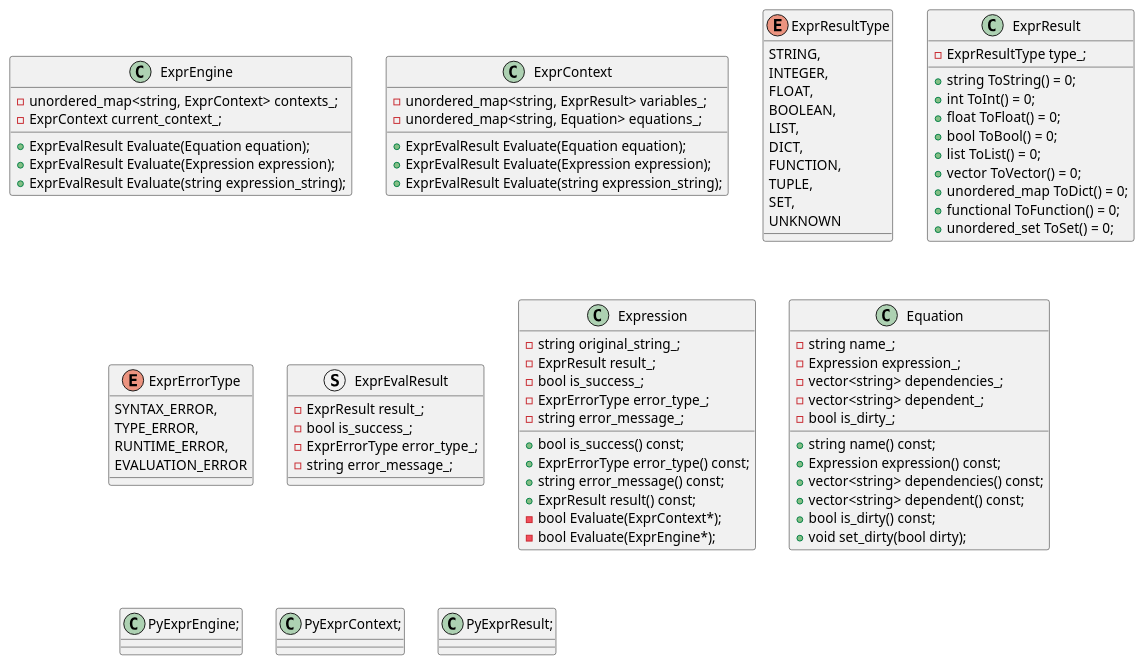
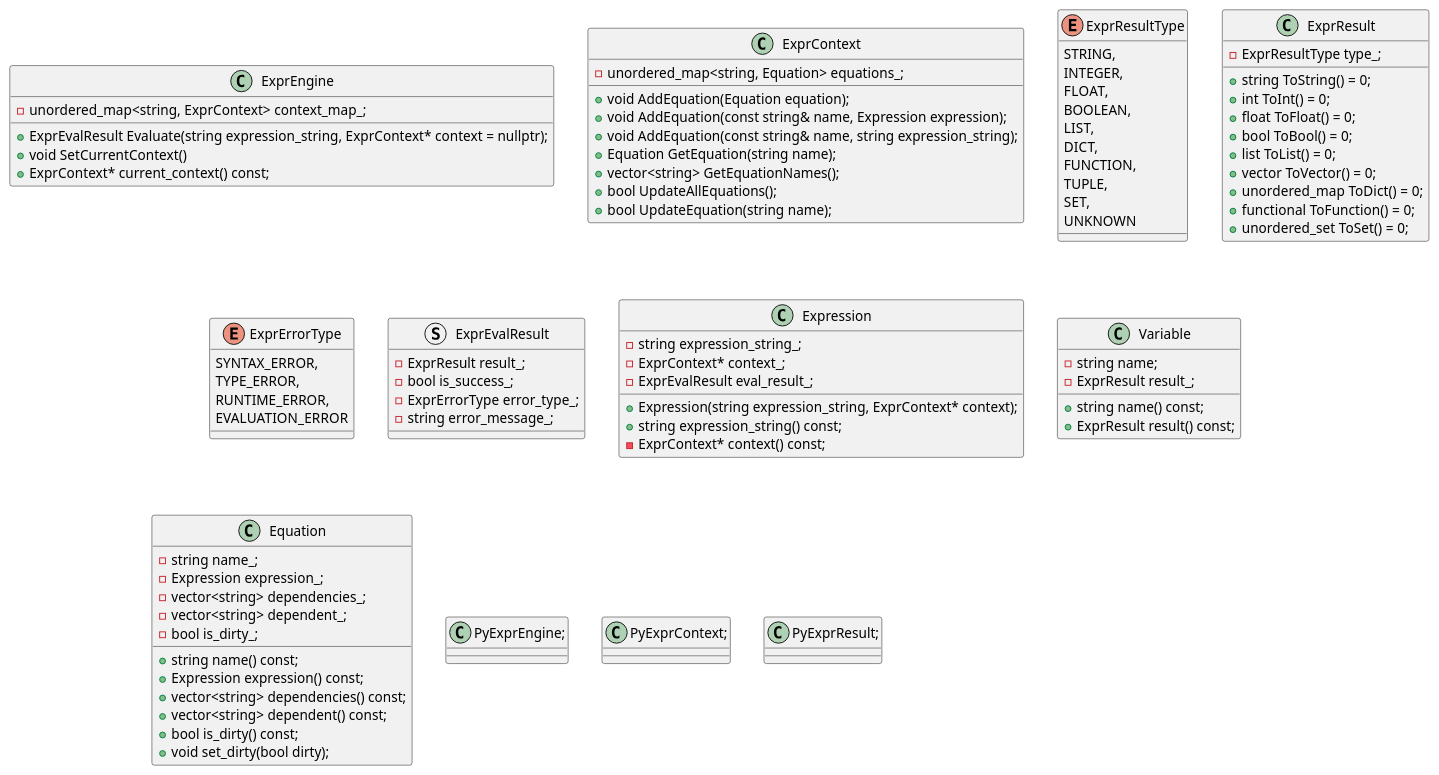
The diagram in framework.plantuml (smile-zyk/PyExprEngine), drawn with PlantUML before and after one commit.

```diff
--- a/framework.plantuml
+++ b/framework.plantuml
@@ -1,101 +1,106 @@
 @startuml ExprEngine
 
 class ExprEngine
 {
-    +ExprEvalResult Evaluate(Equation equation);
-    +ExprEvalResult Evaluate(Expression expression);
-    +ExprEvalResult Evaluate(string expression_string);
-    -unordered_map<string, ExprContext> contexts_;
-    -ExprContext current_context_;
+    +ExprEvalResult Evaluate(string expression_string, ExprContext* context = nullptr);
+    +void SetCurrentContext()
+    +ExprContext* current_context() const;
+    -unordered_map<string, ExprContext> context_map_;
 }
 
 class ExprContext
 {
-    +ExprEvalResult Evaluate(Equation equation);
-    +ExprEvalResult Evaluate(Expression expression);
-    +ExprEvalResult Evaluate(string expression_string);
-    -unordered_map<string, ExprResult> variables_;
+    +void AddEquation(Equation equation);
+    +void AddEquation(const string& name, Expression expression);
+    +void AddEquation(const string& name, string expression_string);
+    +Equation GetEquation(string name);
+    +vector<string> GetEquationNames();
+    +bool UpdateAllEquations();
+    +bool UpdateEquation(string name);
     -unordered_map<string, Equation> equations_;
 }
 
 enum ExprResultType
 {
     STRING,
     INTEGER,
     FLOAT,
     BOOLEAN,
     LIST,
     DICT,
     FUNCTION,
     TUPLE,
     SET,
     UNKNOWN
 }
 
 class ExprResult
 {
     +string ToString() = 0;
     +int ToInt() = 0;
     +float ToFloat() = 0;
     +bool ToBool() = 0;
     +list ToList() = 0;
     +vector ToVector() = 0;
     +unordered_map ToDict() = 0;
     +functional ToFunction() = 0;
     +unordered_set ToSet() = 0;
     -ExprResultType type_;
 }
 
 enum ExprErrorType
 {
     SYNTAX_ERROR,
     TYPE_ERROR,
     RUNTIME_ERROR,
     EVALUATION_ERROR
 }
 
 struct ExprEvalResult
 {
     - ExprResult result_;
     - bool is_success_;
     - ExprErrorType error_type_;
     - string error_message_;
 }
 
 class Expression
 {
-    +bool is_success() const;
-    +ExprErrorType error_type() const;
-    +string error_message() const;
+    +Expression(string expression_string, ExprContext* context);
+    +string expression_string() const;
+    -ExprContext* context() const;
+    -string expression_string_;
+    -ExprContext* context_;
+    -ExprEvalResult eval_result_;
+}
+
+class Variable
+{
+    +string name() const;
     +ExprResult result() const;
-    -bool Evaluate(ExprContext*);
-    -bool Evaluate(ExprEngine*);
-    -string original_string_;
+    -string name;
     -ExprResult result_;
-    -bool is_success_;
-    -ExprErrorType error_type_;
-    -string error_message_;
 }
 
 class Equation
 {
     +string name() const;
     +Expression expression() const;
     +vector<string> dependencies() const;
     +vector<string> dependent() const;
     +bool is_dirty() const;
     +void set_dirty(bool dirty);
     -string name_;
     -Expression expression_;
     -vector<string> dependencies_;
     -vector<string> dependent_;
     -bool is_dirty_;
 }
 
 class PyExprEngine;
 
 class PyExprContext;
 
 class PyExprResult;
 
 @enduml
```
